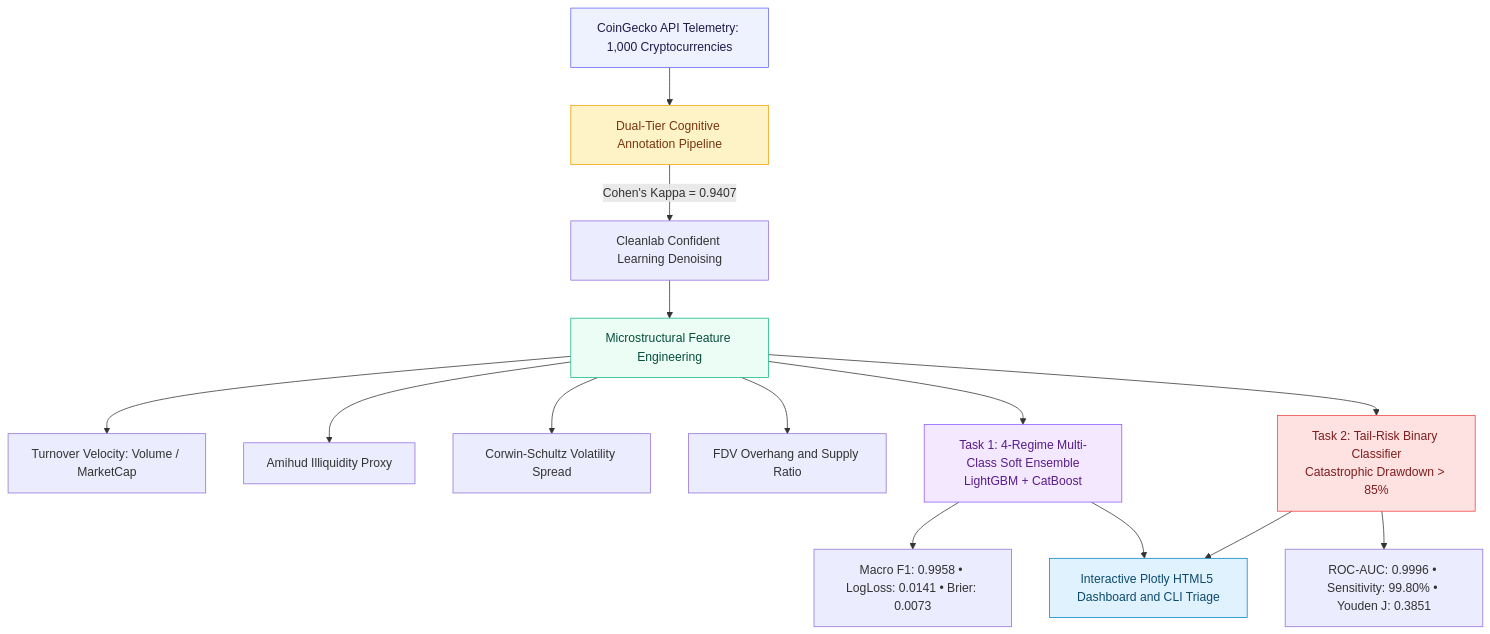
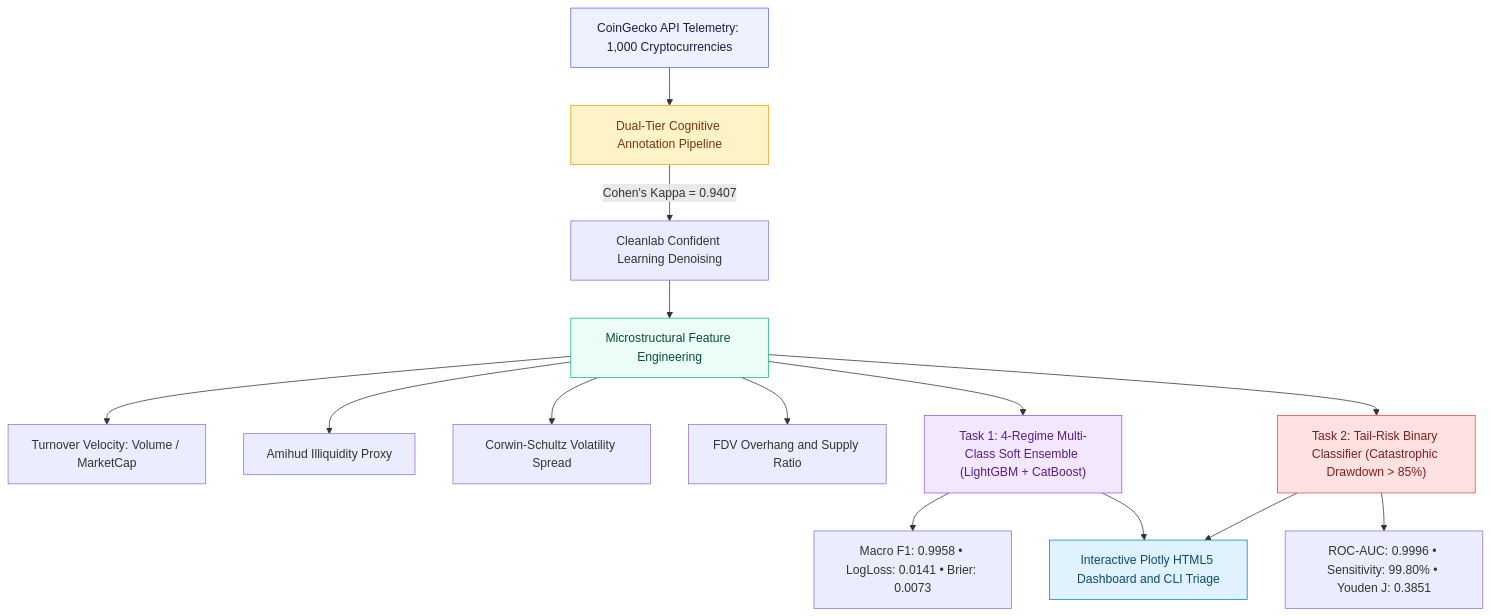
One commit to elm-as/GCMDL changed the diagram in README.md. Above: the diagram before and after it, drawn with Mermaid.

Commit message:
docs: streamline mermaid node labels without html br tags

````diff
--- a/README.md
+++ b/README.md
@@ -67,27 +67,27 @@
 ```mermaid
 flowchart TD
     RAW["CoinGecko API Telemetry: 1,000 Cryptocurrencies"] --> DUAL["Dual-Tier Cognitive Annotation Pipeline"]
-    DUAL -->|"Cohen's Kappa = 0.9407"| CLEAN["Cleanlab Confident Learning Denoising"]
+    DUAL -->|Cohen's Kappa = 0.9407| CLEAN["Cleanlab Confident Learning Denoising"]
     
     CLEAN --> FE["Microstructural Feature Engineering"]
     FE --> V_RATIO["Turnover Velocity: Volume / MarketCap"]
     FE --> AMIHUD["Amihud Illiquidity Proxy"]
     FE --> VOL_SPREAD["Corwin-Schultz Volatility Spread"]
     FE --> FDV_DIL["FDV Overhang and Supply Ratio"]
     
-    FE --> TASK1["Task 1: 4-Regime Multi-Class Soft Ensemble<br/>LightGBM + CatBoost"]
-    FE --> TASK2["Task 2: Tail-Risk Binary Classifier<br/>Catastrophic Drawdown > 85%"]
+    FE --> TASK1["Task 1: 4-Regime Multi-Class Soft Ensemble (LightGBM + CatBoost)"]
+    FE --> TASK2["Task 2: Tail-Risk Binary Classifier (Catastrophic Drawdown > 85%)"]
     
     TASK1 --> METRICS1["Macro F1: 0.9958 • LogLoss: 0.0141 • Brier: 0.0073"]
     TASK2 --> METRICS2["ROC-AUC: 0.9996 • Sensitivity: 99.80% • Youden J: 0.3851"]
     
     TASK1 --> DASH["Interactive Plotly HTML5 Dashboard and CLI Triage"]
     TASK2 --> DASH
     
     style RAW fill:#EEF2FF,stroke:#6366F1,color:#1e1b4b
     style DUAL fill:#FEF3C7,stroke:#F59E0B,color:#78350f
     style FE fill:#ECFDF5,stroke:#10B981,color:#064e3b
     style TASK1 fill:#F3E8FF,stroke:#8B5CF6,color:#581c87
     style TASK2 fill:#FEE2E2,stroke:#EF4444,color:#7f1d1d
     style DASH fill:#E0F2FE,stroke:#0284C7,color:#0c4a6e
 ```
````
